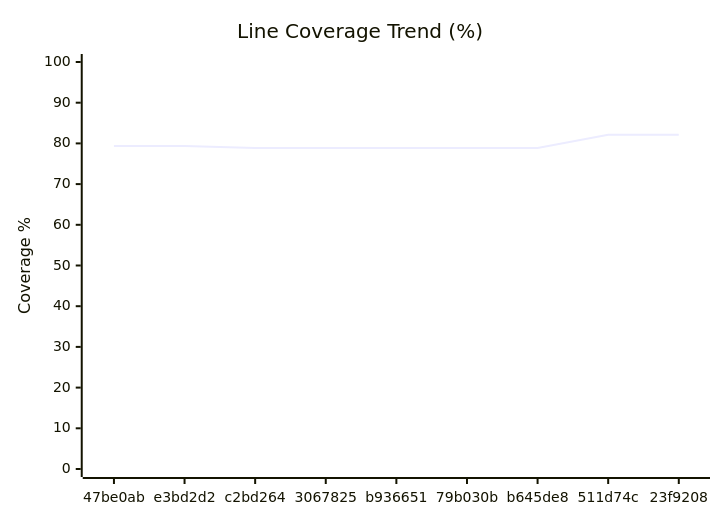
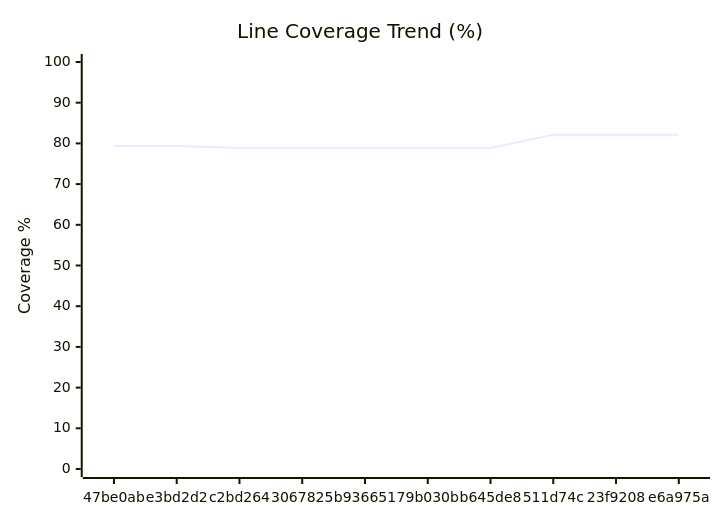
One commit to googlemaps/android-maps-testing changed the diagram in COVERAGE.md. Above: the diagram before and after it, drawn with Mermaid. The commit also changed other lines of this file and 2 other files, not shown here.

Commit message:
chore: record unit coverage

````diff
--- a/COVERAGE.md
+++ b/COVERAGE.md
@@ -52,7 +52,7 @@
 ```mermaid
 xychart-beta
     title "Line Coverage Trend (%)"
-    x-axis ["47be0ab", "e3bd2d2", "c2bd264", "3067825", "b936651", "79b030b", "b645de8", "511d74c", "23f9208"]
+    x-axis ["47be0ab", "e3bd2d2", "c2bd264", "3067825", "b936651", "79b030b", "b645de8", "511d74c", "23f9208", "e6a975a"]
     y-axis "Coverage %" 0 --> 100
-    line [79.34, 79.34, 78.88, 78.88, 78.88, 78.88, 78.88, 82.12, 82.12]
+    line [79.34, 79.34, 78.88, 78.88, 78.88, 78.88, 78.88, 82.12, 82.12, 82.12]
 ```
````
